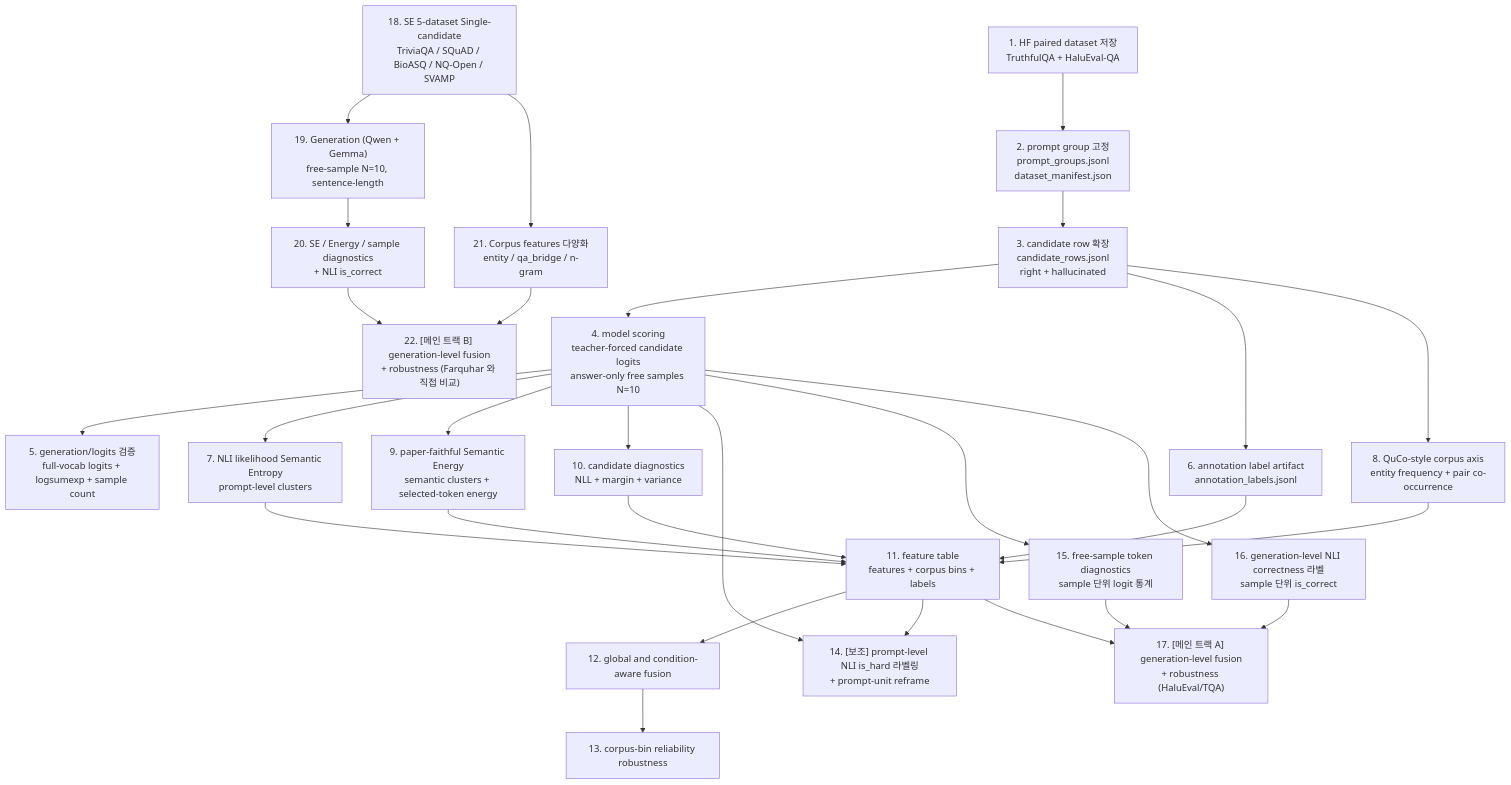
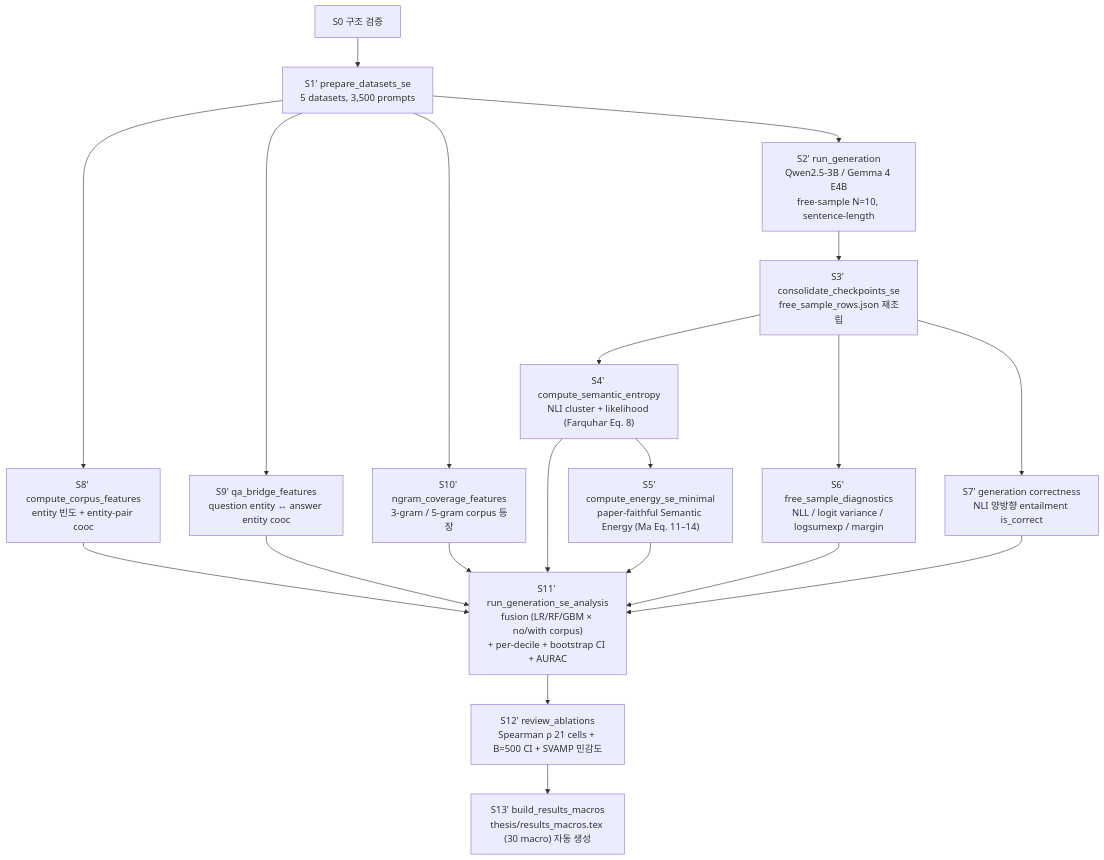
Before and after one commit to sharosoo/hallucination-graduation-thesis: the diagram in experiments/PIPELINE.md, drawn with Mermaid. The commit also changed other lines of this file, not shown here.

Commit message:
docs(experiments/PIPELINE): headline mermaid 다이어그램을 트랙 B (S0-S13') 로 교체
기존 §1 mermaid 가 트랙 A (paired, A-V 22 노드) 을 그대로 보여줘서 fresh
reader 가 메인 트랙을 오해할 수 있음. 트랙 B 13단계 (S0 + S1'-S13') 흐름으로
교체. graphify god node 의 stale node 도 제거됨.

````diff
--- a/experiments/PIPELINE.md
+++ b/experiments/PIPELINE.md
@@ -16,70 +20,45 @@
 ```mermaid
 flowchart TD
-    A[1. HF paired dataset 저장
-TruthfulQA + HaluEval-QA]
-    B[2. prompt group 고정
-prompt_groups.jsonl
-dataset_manifest.json]
-    C[3. candidate row 확장
-candidate_rows.jsonl
-right + hallucinated]
-    D[4. model scoring
-teacher-forced candidate logits
-answer-only free samples N=10]
-    E[5. generation/logits 검증
-full-vocab logits + logsumexp + sample count]
-    F[6. annotation label artifact
-annotation_labels.jsonl]
-    G[7. NLI likelihood Semantic Entropy
-prompt-level clusters]
-    H[8. QuCo-style corpus axis
-entity frequency + pair co-occurrence]
-    I[9. paper-faithful Semantic Energy
-semantic clusters + selected-token energy]
-    J[10. candidate diagnostics
-NLL + margin + variance]
-    K[11. feature table
-features + corpus bins + labels]
-    L[12. global and condition-aware fusion]
-    M[13. corpus-bin reliability robustness]
-    N["14. [보조] prompt-level NLI is_hard 라벨링
-+ prompt-unit reframe"]
-    O[15. free-sample token diagnostics
-sample 단위 logit 통계]
-    P[16. generation-level NLI correctness 라벨
-sample 단위 is_correct]
-    Q["17. [메인 트랙 A] generation-level fusion
-+ robustness (HaluEval/TQA)"]
-    R["18. SE 5-dataset Single-candidate
-TriviaQA / SQuAD / BioASQ / NQ-Open / SVAMP"]
-    S["19. Generation (Qwen + Gemma)
+    S0[S0 구조 검증]
+    S1["S1' prepare_datasets_se
+5 datasets, 3,500 prompts"]
+    S2["S2' run_generation
+Qwen2.5-3B / Gemma 4 E4B
 free-sample N=10, sentence-length"]
-    T["20. SE / Energy / sample diagnostics
-+ NLI is_correct"]
-    U["21. Corpus features 다양화
-entity / qa_bridge / n-gram"]
-    V["22. [메인 트랙 B] generation-level fusion
-+ robustness (Farquhar 와 직접 비교)"]
+    S3["S3' consolidate_checkpoints_se
+free_sample_rows.json 재조립"]
+    S4["S4' compute_semantic_entropy
+NLI cluster + likelihood (Farquhar Eq. 8)"]
+    S5["S5' compute_energy_se_minimal
+paper-faithful Semantic Energy (Ma Eq. 11–14)"]
+    S6["S6' free_sample_diagnostics
+NLL / logit variance / logsumexp / margin"]
+    S7["S7' generation correctness
+NLI 양방향 entailment is_correct"]
+    S8["S8' compute_corpus_features
+entity 빈도 + entity-pair cooc"]
+    S9["S9' qa_bridge_features
+question entity ↔ answer entity cooc"]
+    S10["S10' ngram_coverage_features
+3-gram / 5-gram corpus 등장"]
+    S11["S11' run_generation_se_analysis
+fusion (LR/RF/GBM × no/with corpus)
++ per-decile + bootstrap CI + AURAC"]
+    S12["S12' review_ablations
+Spearman ρ 21 cells + B=500 CI + SVAMP 민감도"]
+    S13["S13' build_results_macros
+thesis/results_macros.tex (30 macro) 자동 생성"]
 
-    A --> B --> C --> D --> E
-    C --> F
-    D --> G
-    C --> H
-    D --> I
-    D --> J
-    F --> K
-    G --> K
-    H --> K
-    I --> K
-    J --> K
-    K --> L --> M
-    D --> N
-    K --> N
-    D --> O
-    D --> P
-    O --> Q
-    P --> Q
-    K --> Q
-    R --> S --> T --> V
-    R --> U --> V
+    S0 --> S1 --> S2 --> S3
+    S3 --> S4 --> S5
+    S3 --> S6
+    S3 --> S7
+    S1 --> S8 --> S11
+    S1 --> S9 --> S11
+    S1 --> S10 --> S11
+    S4 --> S11
+    S5 --> S11
+    S6 --> S11
+    S7 --> S11
+    S11 --> S12 --> S13
 ```
````
